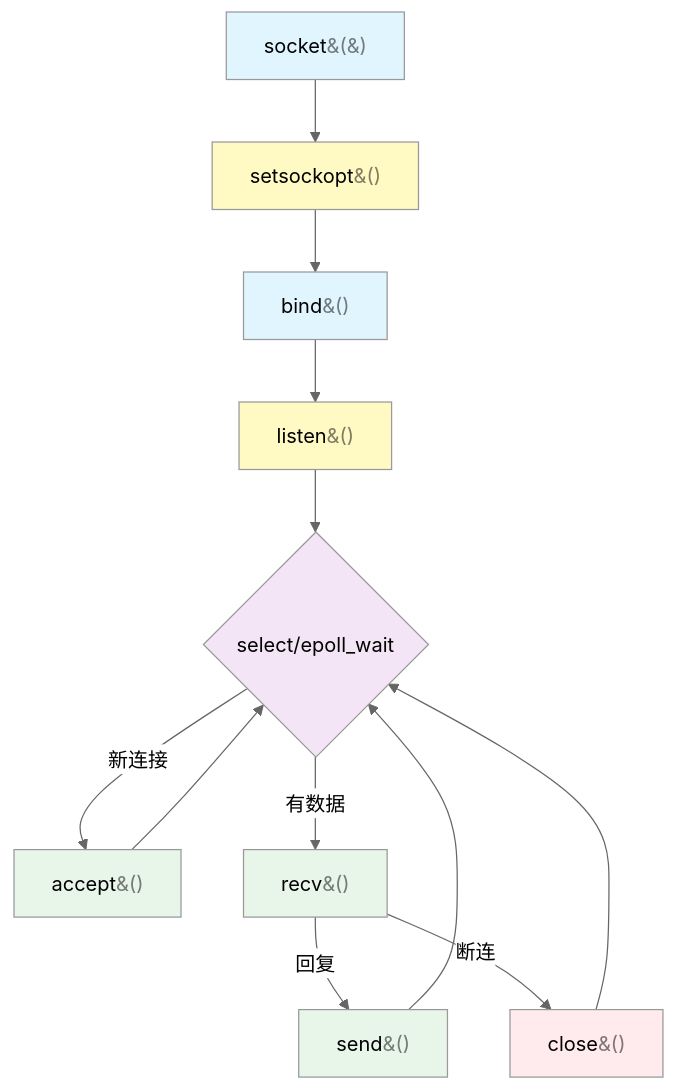
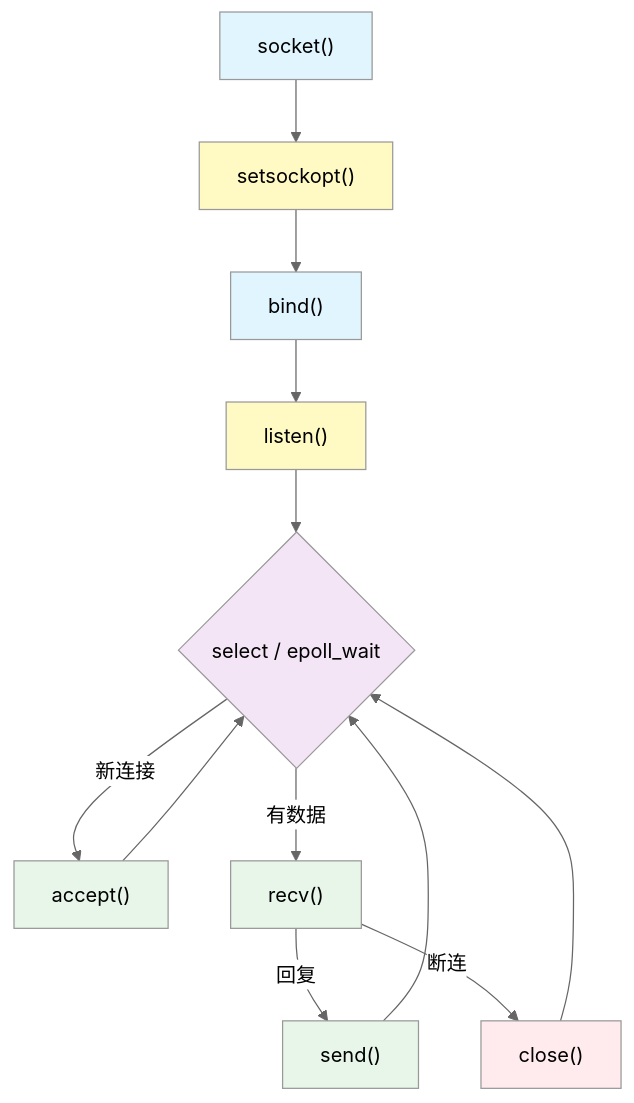
Before and after one commit to ZERO1206/network-study-notes: the second of 11 diagrams in practical/socket-api-reference.md, drawn with Mermaid (neutral theme). The commit also changed other lines of this file, not shown here.

First line of the commit message:
修复Mermaid流程图渲染故障：去掉<span>标签和双引号语法

````diff
--- a/practical/socket-api-reference.md
+++ b/practical/socket-api-reference.md
@@ -77,24 +77,24 @@
 ```mermaid
 flowchart TD
-    S[socket<span style="opacity:0.5">&#40;&#41;</span>] --> O[setsockopt<span style="opacity:0.5">&#40;&#41;</span>]
-    O --> B[bind<span style="opacity:0.5">&#40;&#41;</span>]
-    B --> L[listen<span style="opacity:0.5">&#40;&#41;</span>]
-    L --> LOOP{select/epoll_wait}
-    LOOP -->|""新连接""| A[accept<span style="opacity:0.5">&#40;&#41;</span>]
+    S["socket()"] --> O["setsockopt()"]
+    O --> B["bind()"]
+    B --> L["listen()"]
+    L --> LOOP{"select / epoll_wait"}
+    LOOP -->|"新连接"| A["accept()"]
     A --> LOOP
-    LOOP -->|""有数据""| R[recv<span style="opacity:0.5">&#40;&#41;</span>]
-    R -->|""回复""| W[send<span style="opacity:0.5">&#40;&#41;</span>]
+    LOOP -->|"有数据"| R["recv()"]
+    R -->|"回复"| W["send()"]
     W --> LOOP
-    R -->|""断连""| C[close<span style="opacity:0.5">&#40;&#41;</span>]
+    R -->|"断连"| C["close()"]
     C --> LOOP
 
     style S fill:#e1f5fe
     style O fill:#fff9c4
     style B fill:#e1f5fe
     style L fill:#fff9c4
     style LOOP fill:#f3e5f5
     style A fill:#e8f5e9
     style R fill:#e8f5e9
     style W fill:#e8f5e9
     style C fill:#ffebee
 ```
````
